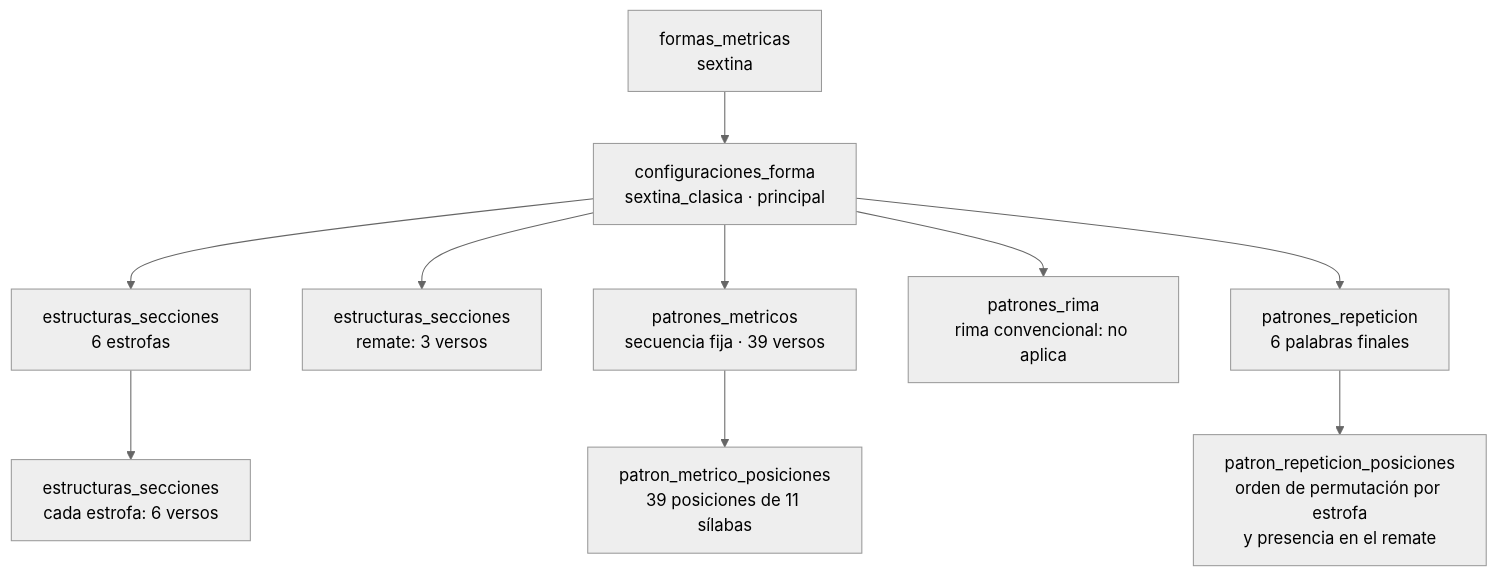
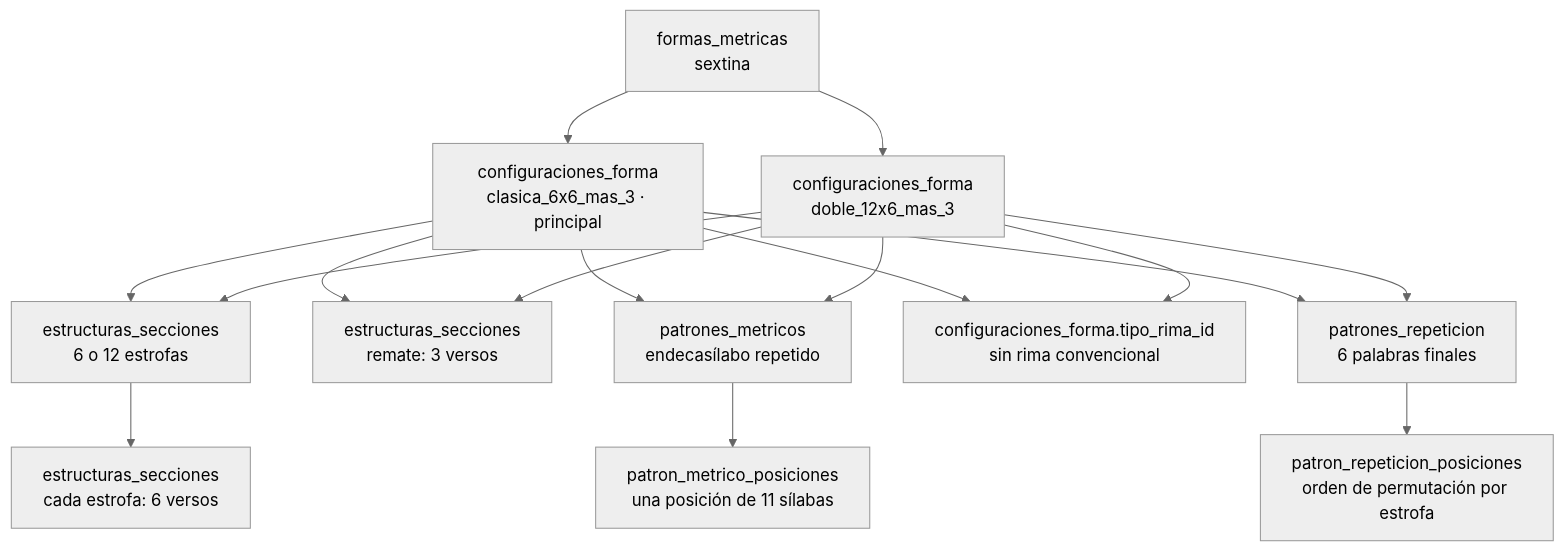
The sixth of 9 diagrams in docs/dominio-metrico/ejemplos-formalizacion-ontologia-metrica.md (metadramaub/metadrama_db), drawn with Mermaid (neutral theme) before and after one commit. The commit also changed other lines of this file and 16 other files, not shown here.

````diff
--- a/docs/dominio-metrico/ejemplos-formalizacion-ontologia-metrica.md
+++ b/docs/dominio-metrico/ejemplos-formalizacion-ontologia-metrica.md
@@ -429,27 +429,34 @@
 ```mermaid
 flowchart TB
     F["formas_metricas<br/>sextina"]
-    C["configuraciones_forma<br/>sextina_clasica · principal"]
+    C1["configuraciones_forma<br/>clasica_6x6_mas_3 · principal"]
+    C2["configuraciones_forma<br/>doble_12x6_mas_3"]
 
-    E1["estructuras_secciones<br/>6 estrofas"]
+    E1["estructuras_secciones<br/>6 o 12 estrofas"]
     E2["estructuras_secciones<br/>cada estrofa: 6 versos"]
     E3["estructuras_secciones<br/>remate: 3 versos"]
 
-    PM["patrones_metricos<br/>secuencia fija · 39 versos"]
-    PMP["patron_metrico_posiciones<br/>39 posiciones de 11 sílabas"]
+    PM["patrones_metricos<br/>endecasílabo repetido"]
+    PMP["patron_metrico_posiciones<br/>una posición de 11 sílabas"]
 
-    PR["patrones_rima<br/>rima convencional: no aplica"]
+    PR["configuraciones_forma.tipo_rima_id<br/>sin rima convencional"]
 
     PRE["patrones_repeticion<br/>6 palabras finales"]
-    PREP["patron_repeticion_posiciones<br/>orden de permutación por estrofa<br/>y presencia en el remate"]
+    PREP["patron_repeticion_posiciones<br/>orden de permutación por estrofa"]
 
-    F --> C
-    C --> E1
+    F --> C1
+    F --> C2
+    C1 --> E1
+    C2 --> E1
     E1 --> E2
-    C --> E3
-    C --> PM
+    C1 --> E3
+    C2 --> E3
+    C1 --> PM
+    C2 --> PM
     PM --> PMP
-    C --> PR
-    C --> PRE
+    C1 --> PR
+    C2 --> PR
+    C1 --> PRE
+    C2 --> PRE
     PRE --> PREP
 ```
````
